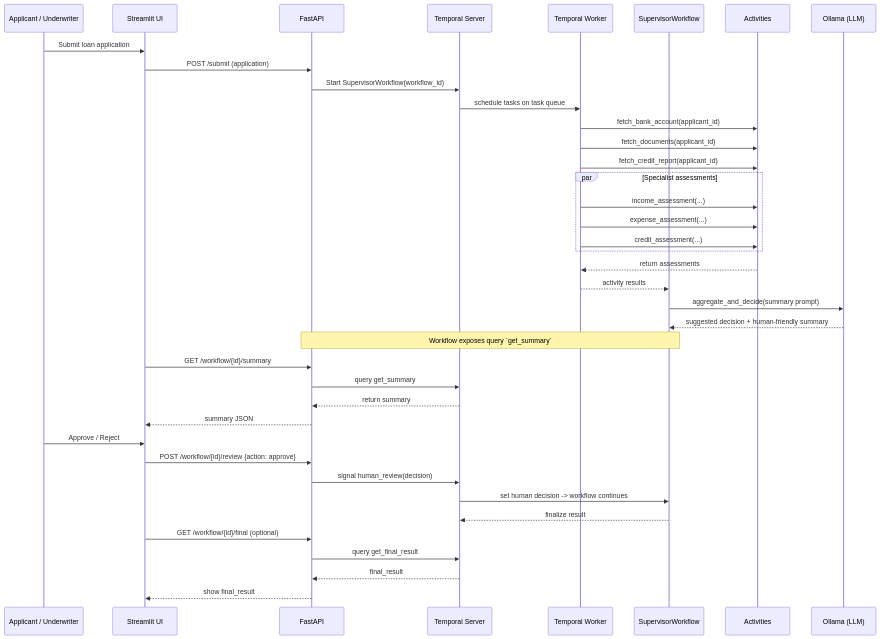
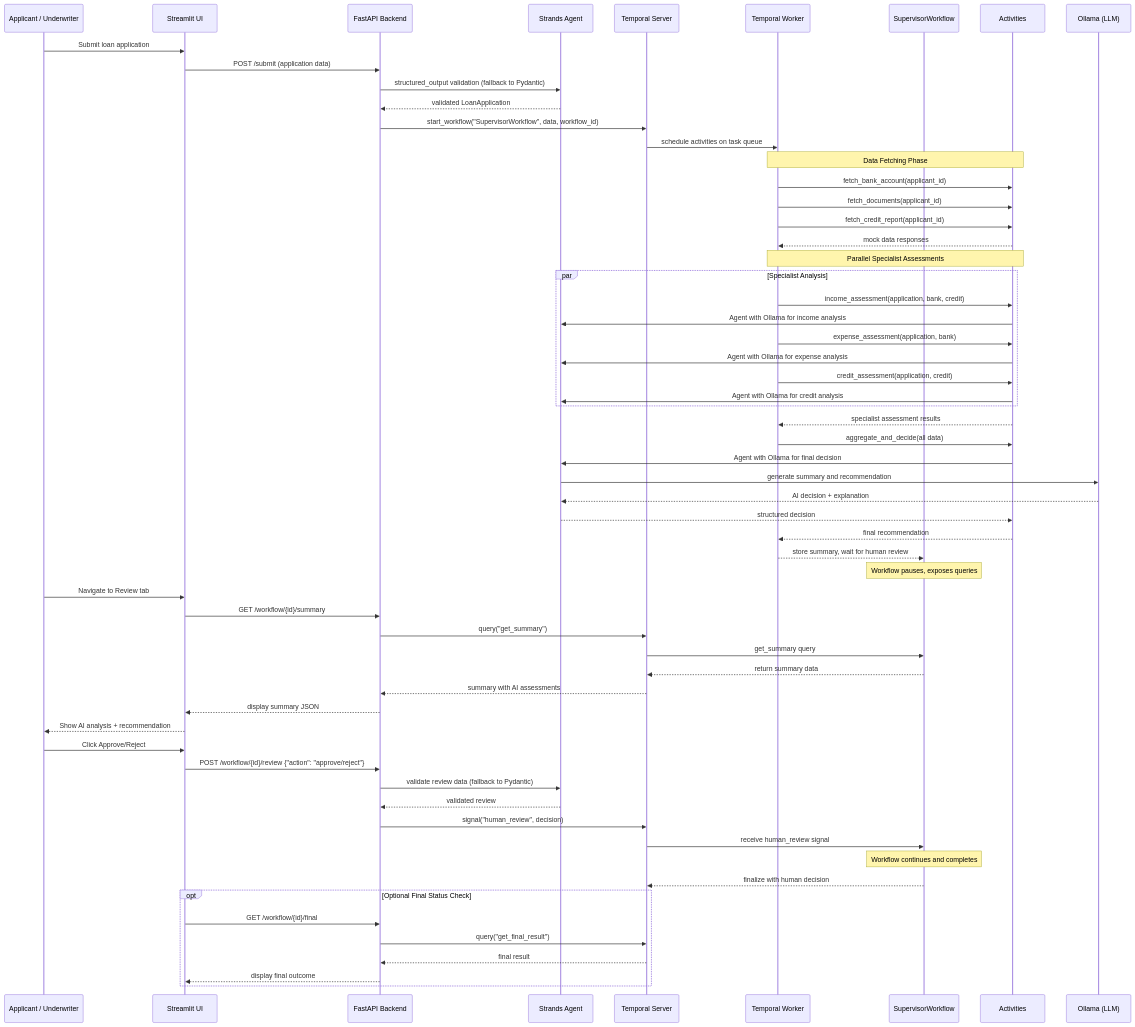
The diagram in README.md (temporal-sa/agentic-loan-origination), drawn with Mermaid before and after one commit. The commit also changed other lines of this file, not shown here.

````diff
--- a/README.md
+++ b/README.md
@@ -14,45 +16,71 @@
 ```mermaid
 sequenceDiagram
 	participant User as Applicant / Underwriter
 	participant Streamlit as Streamlit UI
-	participant FastAPI as FastAPI
+	participant FastAPI as FastAPI Backend
+	participant Strands as Strands Agent
 	participant Temporal as Temporal Server
 	participant Worker as Temporal Worker
 	participant Supervisor as SupervisorWorkflow
 	participant Activities as Activities
 	participant Ollama as Ollama (LLM)
 
 	User->>Streamlit: Submit loan application
-	Streamlit->>FastAPI: POST /submit (application)
-	FastAPI->>Temporal: Start SupervisorWorkflow(workflow_id)
-	Temporal->>Worker: schedule tasks on task queue
+	Streamlit->>FastAPI: POST /submit (application data)
+	FastAPI->>Strands: structured_output validation (fallback to Pydantic)
+	Strands-->>FastAPI: validated LoanApplication
+	FastAPI->>Temporal: start_workflow("SupervisorWorkflow", data, workflow_id)
+	Temporal->>Worker: schedule activities on task queue
+
+	Note over Worker, Activities: Data Fetching Phase
 	Worker->>Activities: fetch_bank_account(applicant_id)
 	Worker->>Activities: fetch_documents(applicant_id)
 	Worker->>Activities: fetch_credit_report(applicant_id)
-	par Specialist assessments
-		Worker->>Activities: income_assessment(...)
-		Worker->>Activities: expense_assessment(...)
-		Worker->>Activities: credit_assessment(...)
+	Activities-->>Worker: mock data responses
+
+	Note over Worker, Activities: Parallel Specialist Assessments
+	par Specialist Analysis
+		Worker->>Activities: income_assessment(application, bank, credit)
+		Activities->>Strands: Agent with Ollama for income analysis
+		Worker->>Activities: expense_assessment(application, bank)
+		Activities->>Strands: Agent with Ollama for expense analysis
+		Worker->>Activities: credit_assessment(application, credit)
+		Activities->>Strands: Agent with Ollama for credit analysis
 	end
-	Activities-->>Worker: return assessments
-	Worker-->>Supervisor: activity results
-	Supervisor->>Ollama: aggregate_and_decide(summary prompt)
-	Ollama-->>Supervisor: suggested decision + human-friendly summary
+	Activities-->>Worker: specialist assessment results
 
-	Note over Supervisor, FastAPI: Workflow exposes query `get_summary`
+	Worker->>Activities: aggregate_and_decide(all data)
+	Activities->>Strands: Agent with Ollama for final decision
+	Strands->>Ollama: generate summary and recommendation
+	Ollama-->>Strands: AI decision + explanation
+	Strands-->>Activities: structured decision
+	Activities-->>Worker: final recommendation
+	Worker-->>Supervisor: store summary, wait for human review
 
+	Note over Supervisor: Workflow pauses, exposes queries
+
+	User->>Streamlit: Navigate to Review tab
 	Streamlit->>FastAPI: GET /workflow/{id}/summary
-	FastAPI->>Temporal: query get_summary
-	Temporal-->>FastAPI: return summary
-	FastAPI-->>Streamlit: summary JSON
+	FastAPI->>Temporal: query("get_summary")
+	Temporal->>Supervisor: get_summary query
+	Supervisor-->>Temporal: return summary data
+	Temporal-->>FastAPI: summary with AI assessments
+	FastAPI-->>Streamlit: display summary JSON
+	Streamlit-->>User: Show AI analysis + recommendation
 
-	User->>Streamlit: Approve / Reject
-	Streamlit->>FastAPI: POST /workflow/{id}/review {action: approve}
-	FastAPI->>Temporal: signal human_review(decision)
-	Temporal->>Supervisor: set human decision -> workflow continues
-	Supervisor-->>Temporal: finalize result
-	Streamlit->>FastAPI: GET /workflow/{id}/final (optional)
-	FastAPI->>Temporal: query get_final_result
-	Temporal-->>FastAPI: final_result
-	FastAPI-->>Streamlit: show final_result
+	User->>Streamlit: Click Approve/Reject
+	Streamlit->>FastAPI: POST /workflow/{id}/review {"action": "approve/reject"}
+	FastAPI->>Strands: validate review data (fallback to Pydantic)
+	Strands-->>FastAPI: validated review
+	FastAPI->>Temporal: signal("human_review", decision)
+	Temporal->>Supervisor: receive human_review signal
+	Note over Supervisor: Workflow continues and completes
+	Supervisor-->>Temporal: finalize with human decision
+
+	opt Optional Final Status Check
+		Streamlit->>FastAPI: GET /workflow/{id}/final
+		FastAPI->>Temporal: query("get_final_result")
+		Temporal-->>FastAPI: final result
+		FastAPI-->>Streamlit: display final outcome
+	end
 ```
````
